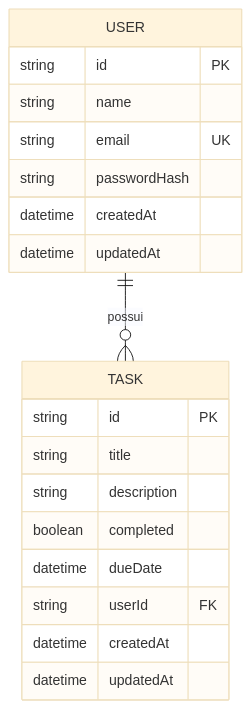
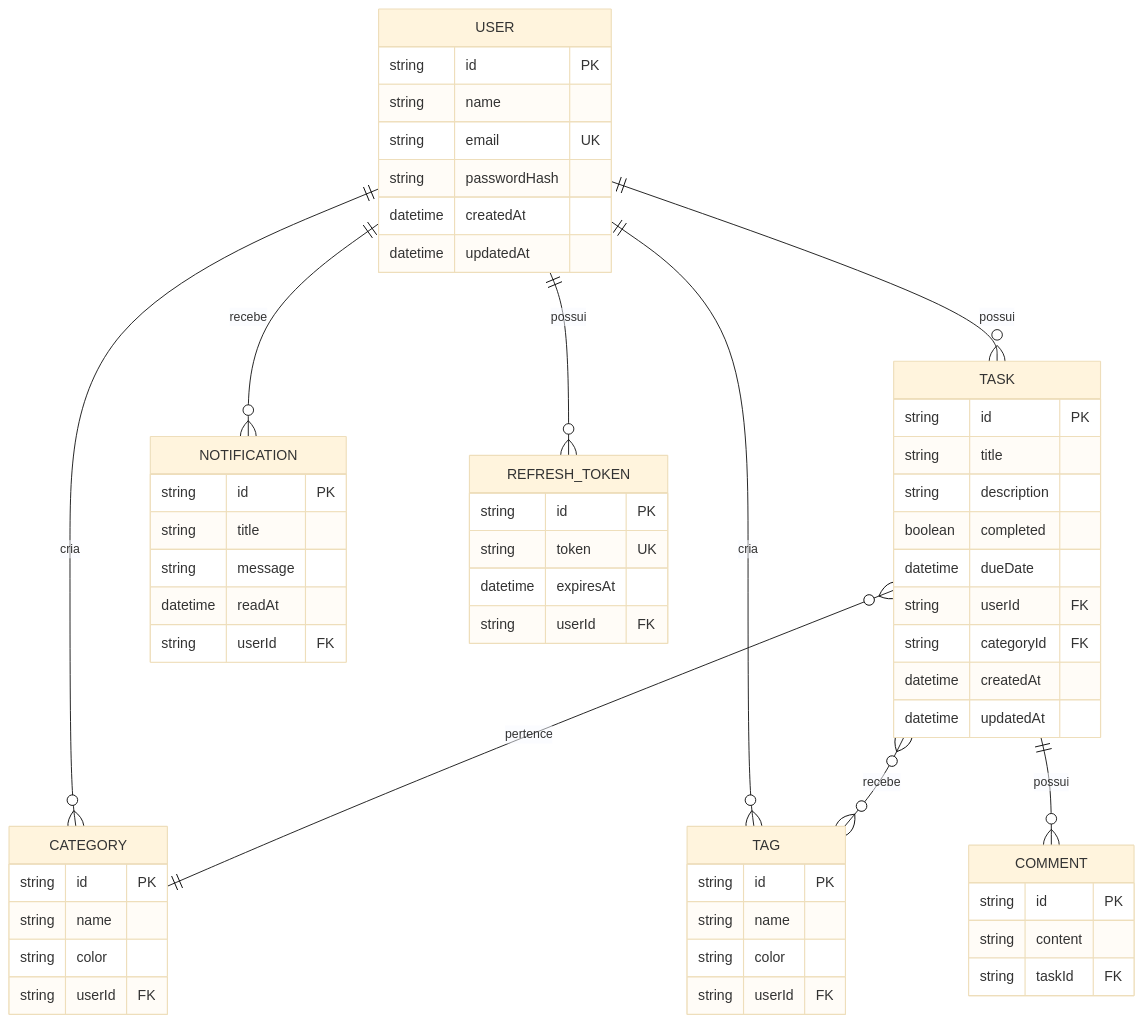
One commit to joseluucaas/Taskly changed the second of 2 diagrams in README.md. Above: the diagram before and after it, drawn with Mermaid (base theme). The commit also changed other lines of this file and 11 other files, not shown here.

````diff
--- a/README.md
+++ b/README.md
@@ -100,22 +122,60 @@
 ```mermaid
 erDiagram
     USER ||--o{ TASK : possui
+    USER ||--o{ CATEGORY : cria
+    USER ||--o{ TAG : cria
+    USER ||--o{ NOTIFICATION : recebe
+    USER ||--o{ REFRESH_TOKEN : possui
+    TASK }o--|| CATEGORY : pertence
+    TASK }o--o{ TAG : recebe
+    TASK ||--o{ COMMENT : possui
     USER {
         string id PK
         string name
         string email UK
         string passwordHash
         datetime createdAt
         datetime updatedAt
     }
     TASK {
         string id PK
         string title
         string description
         boolean completed
         datetime dueDate
         string userId FK
+        string categoryId FK
         datetime createdAt
         datetime updatedAt
     }
+    CATEGORY {
+        string id PK
+        string name
+        string color
+        string userId FK
+    }
+    TAG {
+        string id PK
+        string name
+        string color
+        string userId FK
+    }
+    COMMENT {
+        string id PK
+        string content
+        string taskId FK
+    }
+    NOTIFICATION {
+        string id PK
+        string title
+        string message
+        datetime readAt
+        string userId FK
+    }
+    REFRESH_TOKEN {
+        string id PK
+        string token UK
+        datetime expiresAt
+        string userId FK
+    }
 ```
````
